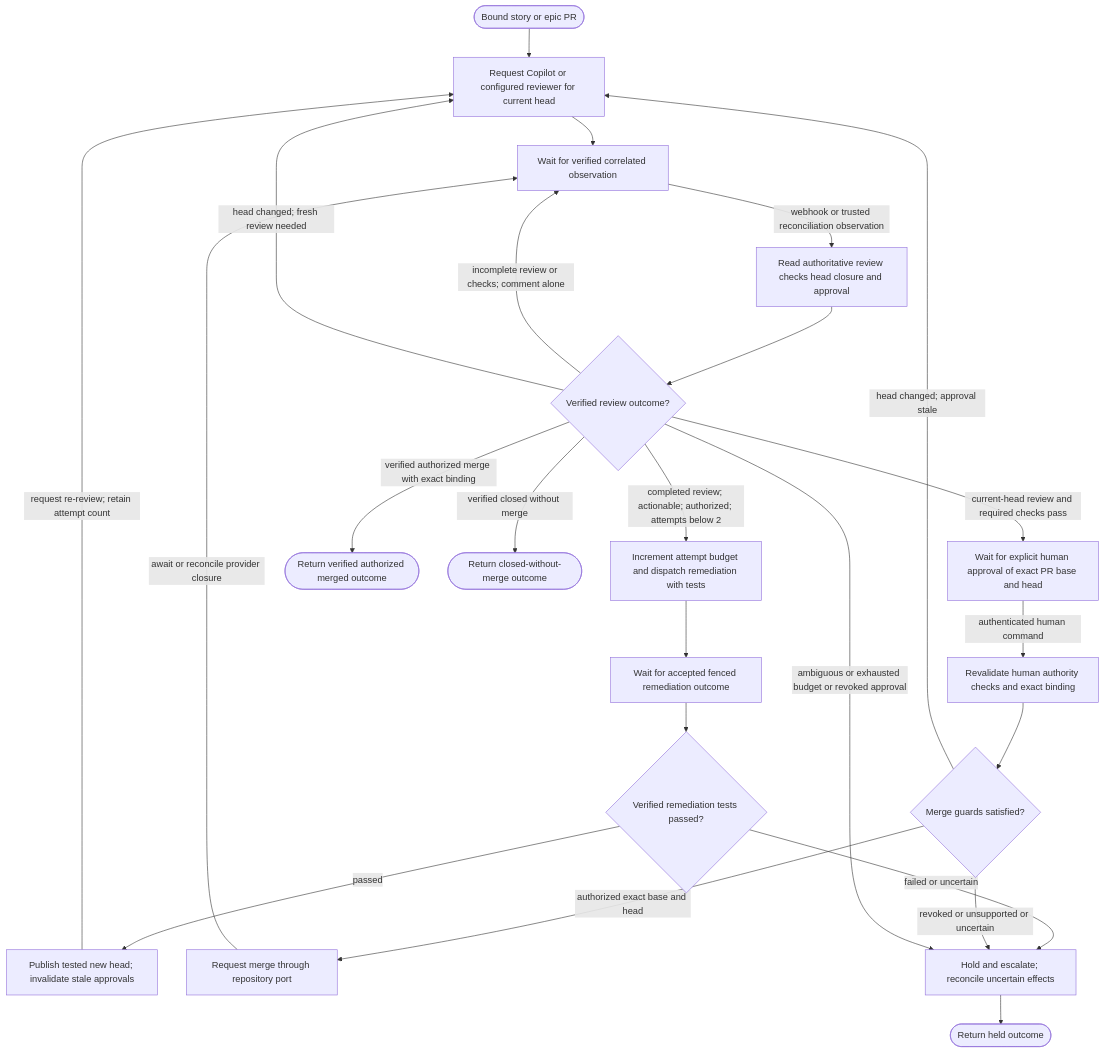
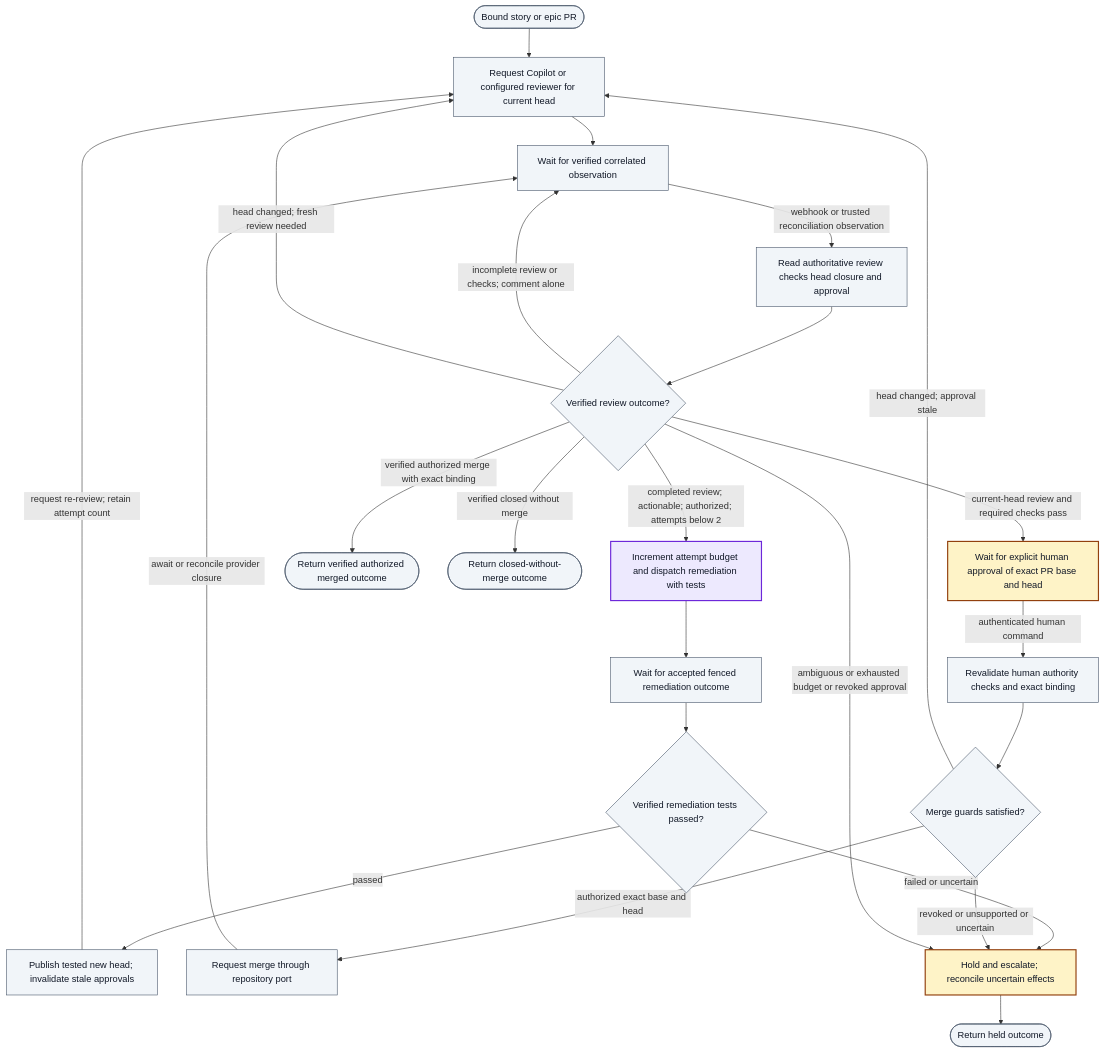
The third of 3 diagrams in docs/architecture/workflow-reference.md (skizzay/forgeflow), drawn with Mermaid before and after one commit. The commit also changed other lines of this file and 3 other files, not shown here.

````diff
--- a/docs/architecture/workflow-reference.md
+++ b/docs/architecture/workflow-reference.md
@@ -90,43 +121,49 @@
 ```mermaid
 flowchart TD
     reviewStart(["Bound story or epic PR"])
     requestReview["Request Copilot or configured reviewer for current head"]
     awaitReviewEvent["Wait for verified correlated observation"]
     inspectReview["Read authoritative review checks head closure and approval"]
     reviewDecision{"Verified review outcome?"}
     dispatchRemediation["Increment attempt budget and dispatch remediation with tests"]
     awaitRemediation["Wait for accepted fenced remediation outcome"]
     remediationResult{"Verified remediation tests passed?"}
     publishRemediation["Publish tested new head; invalidate stale approvals"]
     awaitMergeApproval["Wait for explicit human approval of exact PR base and head"]
     revalidateMerge["Revalidate human authority checks and exact binding"]
     mergeGuards{"Merge guards satisfied?"}
     requestMerge["Request merge through repository port"]
     reviewMerged(["Return verified authorized merged outcome"])
     reviewClosed(["Return closed-without-merge outcome"])
     reviewHold["Hold and escalate; reconcile uncertain effects"]
     reviewHeld(["Return held outcome"])
     reviewStart --> requestReview
     requestReview --> awaitReviewEvent
     awaitReviewEvent -->|"webhook or trusted reconciliation observation"| inspectReview
     inspectReview --> reviewDecision
     reviewDecision -->|"incomplete review or checks; comment alone"| awaitReviewEvent
     reviewDecision -->|"head changed; fresh review needed"| requestReview
     reviewDecision -->|"completed review; actionable; authorized; attempts below 2"| dispatchRemediation
     dispatchRemediation --> awaitRemediation
     awaitRemediation --> remediationResult
     remediationResult -->|"passed"| publishRemediation
     remediationResult -->|"failed or uncertain"| reviewHold
     publishRemediation -->|"request re-review; retain attempt count"| requestReview
     reviewDecision -->|"current-head review and required checks pass"| awaitMergeApproval
     awaitMergeApproval -->|"authenticated human command"| revalidateMerge
     revalidateMerge --> mergeGuards
     mergeGuards -->|"authorized exact base and head"| requestMerge
     mergeGuards -->|"head changed; approval stale"| requestReview
     mergeGuards -->|"revoked or unsupported or uncertain"| reviewHold
     requestMerge -->|"await or reconcile provider closure"| awaitReviewEvent
     reviewDecision -->|"verified authorized merge with exact binding"| reviewMerged
     reviewDecision -->|"verified closed without merge"| reviewClosed
     reviewDecision -->|"ambiguous or exhausted budget or revoked approval"| reviewHold
     reviewHold --> reviewHeld
+    classDef agent fill:#ede9fe,stroke:#6d28d9,color:#111827,stroke-width:2px;
+    classDef human fill:#fef3c7,stroke:#92400e,color:#111827,stroke-width:2px;
+    classDef automated fill:#f1f5f9,stroke:#475569,color:#111827;
+    class dispatchRemediation agent;
+    class awaitMergeApproval,reviewHold human;
+    class awaitRemediation,awaitReviewEvent,inspectReview,mergeGuards,publishRemediation,remediationResult,requestMerge,requestReview,revalidateMerge,reviewClosed,reviewDecision,reviewHeld,reviewMerged,reviewStart automated;
 ```
````
